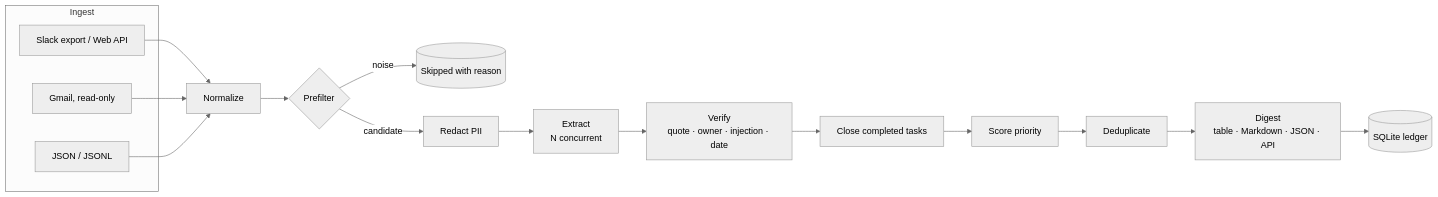
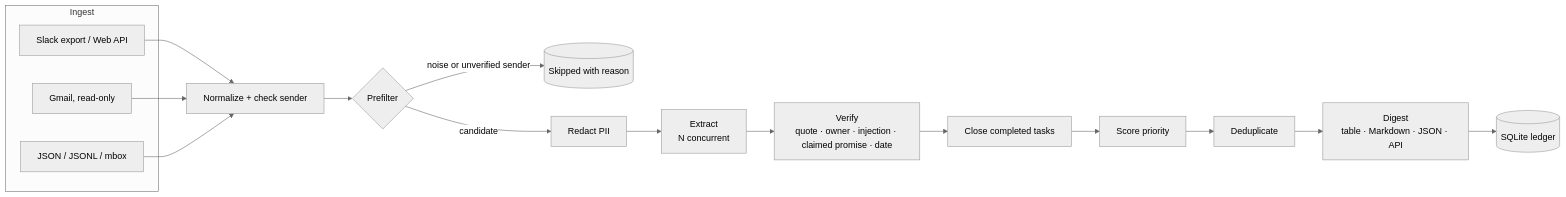
The first of 2 diagrams in README.md (pavan-dangeti/Chief-of-Staff-AI), drawn with Mermaid (neutral theme) before and after one commit. The commit also changed other lines of this file and 2 other files, not shown here.

````diff
--- a/README.md
+++ b/README.md
@@ -63,19 +66,19 @@
 ```mermaid
 flowchart LR
     subgraph Ingest
         A1[Slack export / Web API]
         A2[Gmail, read-only]
-        A3[JSON / JSONL]
+        A3[JSON / JSONL / mbox]
     end
-    A1 & A2 & A3 --> N[Normalize]
+    A1 & A2 & A3 --> N[Normalize + check sender]
     N --> P{Prefilter}
-    P -- noise --> K[(Skipped with reason)]
+    P -- noise or unverified sender --> K[(Skipped with reason)]
     P -- candidate --> R[Redact PII]
     R --> X[Extract<br/>N concurrent]
-    X --> V[Verify<br/>quote · owner · injection · date]
+    X --> V[Verify<br/>quote · owner · injection · claimed promise · date]
     V --> L[Close completed tasks]
     L --> S[Score priority]
     S --> D[Deduplicate]
     D --> O[Digest<br/>table · Markdown · JSON · API]
     O --> G[(SQLite ledger)]
 ```
````
